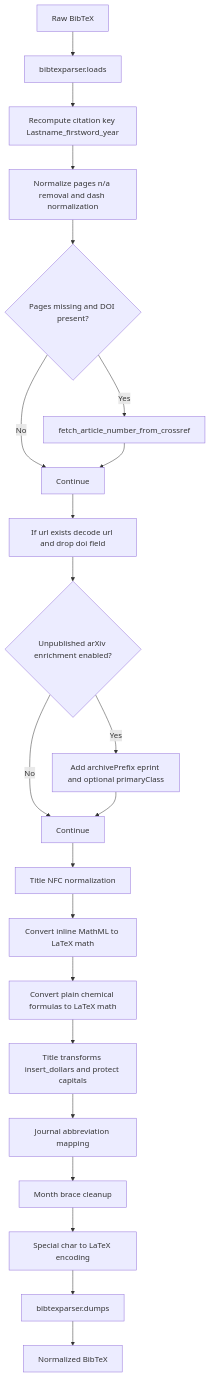
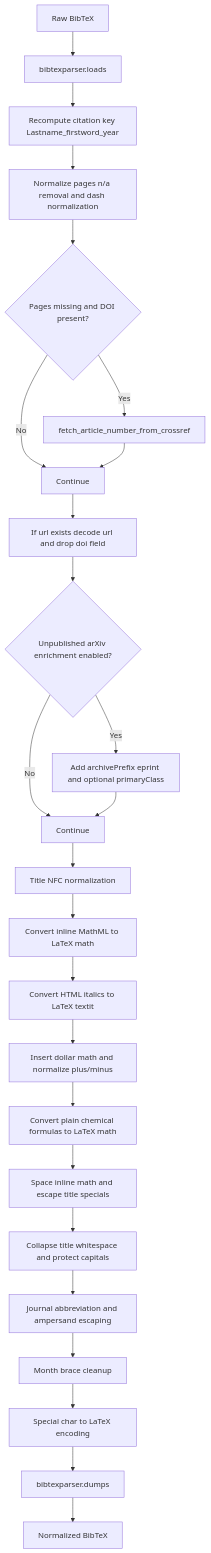
One commit to archisman-panigrahi/doi2bib3 changed the fourth of 4 diagrams in docs/ALGORITHM_VISUALS.md. Above: the diagram before and after it, drawn with Mermaid. The commit also changed 1 other file, not shown here.

Commit message:
update algorigm docs

````diff
--- a/docs/ALGORITHM_VISUALS.md
+++ b/docs/ALGORITHM_VISUALS.md
@@ -84,24 +84,27 @@
 ```mermaid
 flowchart TD
     A[Raw BibTeX] --> B[bibtexparser.loads]
     B --> C[Recompute citation key Lastname_firstword_year]
     C --> D[Normalize pages n/a removal and dash normalization]
     D --> E{Pages missing and DOI present?}
     E -->|Yes| F[fetch_article_number_from_crossref]
     E -->|No| G[Continue]
     F --> G
     G --> H[If url exists decode url and drop doi field]
     H --> I{Unpublished arXiv enrichment enabled?}
     I -->|Yes| J[Add archivePrefix eprint and optional primaryClass]
     I -->|No| K[Continue]
     J --> K
     K --> L[Title NFC normalization]
     L --> M[Convert inline MathML to LaTeX math]
-    M --> N[Convert plain chemical formulas to LaTeX math]
-    N --> O[Title transforms insert_dollars and protect capitals]
-    O --> P[Journal abbreviation mapping]
-    P --> Q[Month brace cleanup]
-    Q --> R[Special char to LaTeX encoding]
-    R --> S[bibtexparser.dumps]
-    S --> T[Normalized BibTeX]
+    M --> N[Convert HTML italics to LaTeX textit]
+    N --> O[Insert dollar math and normalize plus/minus]
+    O --> P[Convert plain chemical formulas to LaTeX math]
+    P --> Q[Space inline math and escape title specials]
+    Q --> R[Collapse title whitespace and protect capitals]
+    R --> U[Journal abbreviation and ampersand escaping]
+    U --> V[Month brace cleanup]
+    V --> W[Special char to LaTeX encoding]
+    W --> X[bibtexparser.dumps]
+    X --> Y[Normalized BibTeX]
 ```
````
